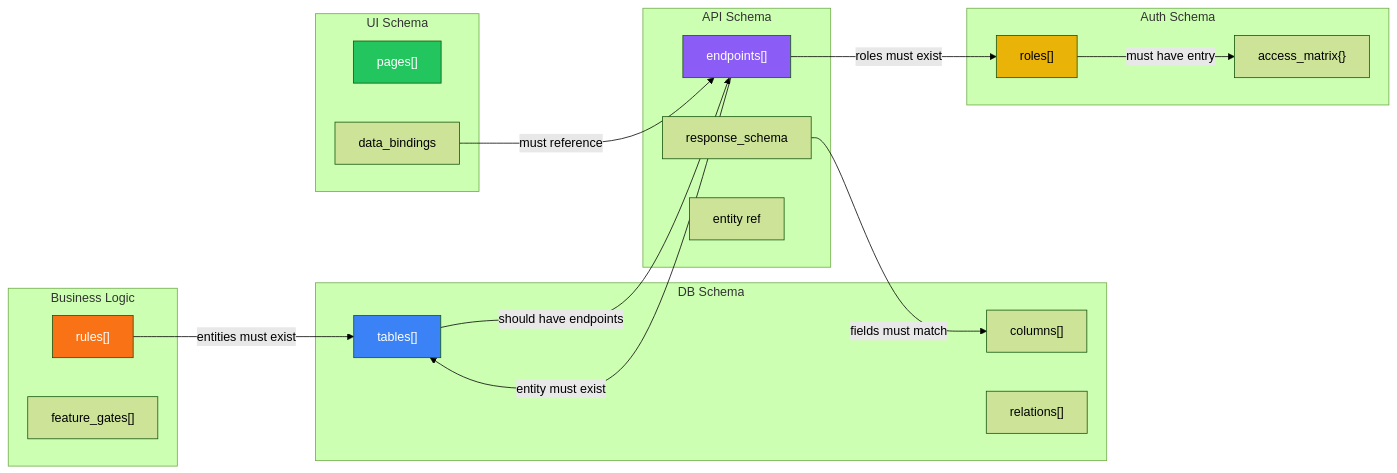
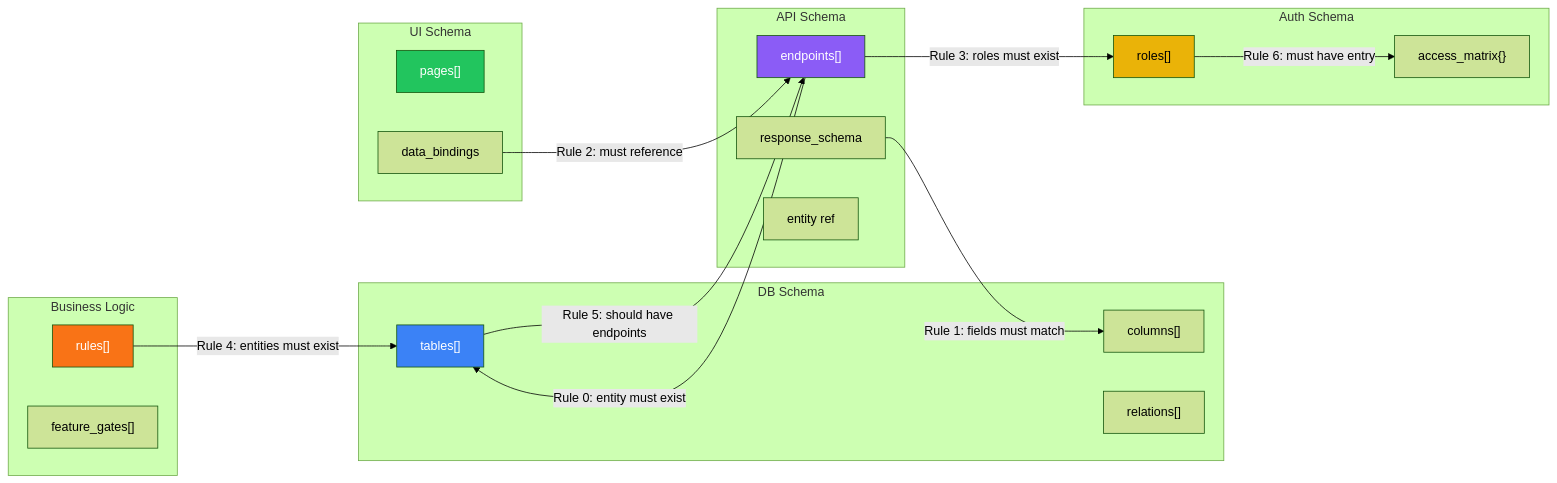
Before and after one commit to notsooamit/app-compiler: diagram 12 of 24 in SOFTWARE_ARCHITECTURE.md, drawn with Mermaid (forest theme). The commit also changed other lines of this file and 1 other file, not shown here.

````diff
--- a/SOFTWARE_ARCHITECTURE.md
+++ b/SOFTWARE_ARCHITECTURE.md
@@ -627,43 +682,43 @@
 ```mermaid
 graph LR
     subgraph "DB Schema"
         T1["tables[]"]
         C1["columns[]"]
         R1["relations[]"]
     end
 
     subgraph "API Schema"
         E1["endpoints[]"]
         RS["response_schema"]
         EN["entity ref"]
     end
 
     subgraph "UI Schema"
         P1["pages[]"]
         DB["data_bindings"]
     end
 
     subgraph "Auth Schema"
         RO["roles[]"]
         AM["access_matrix{}"]
     end
 
     subgraph "Business Logic"
         BR["rules[]"]
         FG["feature_gates[]"]
     end
 
-    E1 -->|"entity must exist"| T1
-    RS -->|"fields must match"| C1
-    DB -->|"must reference"| E1
-    E1 -->|"roles must exist"| RO
-    RO -->|"must have entry"| AM
-    BR -->|"entities must exist"| T1
-    T1 -->|"should have endpoints"| E1
+    E1 -->|"Rule 0: entity must exist"| T1
+    RS -->|"Rule 1: fields must match"| C1
+    DB -->|"Rule 2: must reference"| E1
+    E1 -->|"Rule 3: roles must exist"| RO
+    RO -->|"Rule 6: must have entry"| AM
+    BR -->|"Rule 4: entities must exist"| T1
+    T1 -->|"Rule 5: should have endpoints"| E1
 
     style T1 fill:#3b82f6,color:#fff
     style E1 fill:#8b5cf6,color:#fff
     style P1 fill:#22c55e,color:#fff
     style RO fill:#eab308,color:#000
     style BR fill:#f97316,color:#fff
 ```
````
